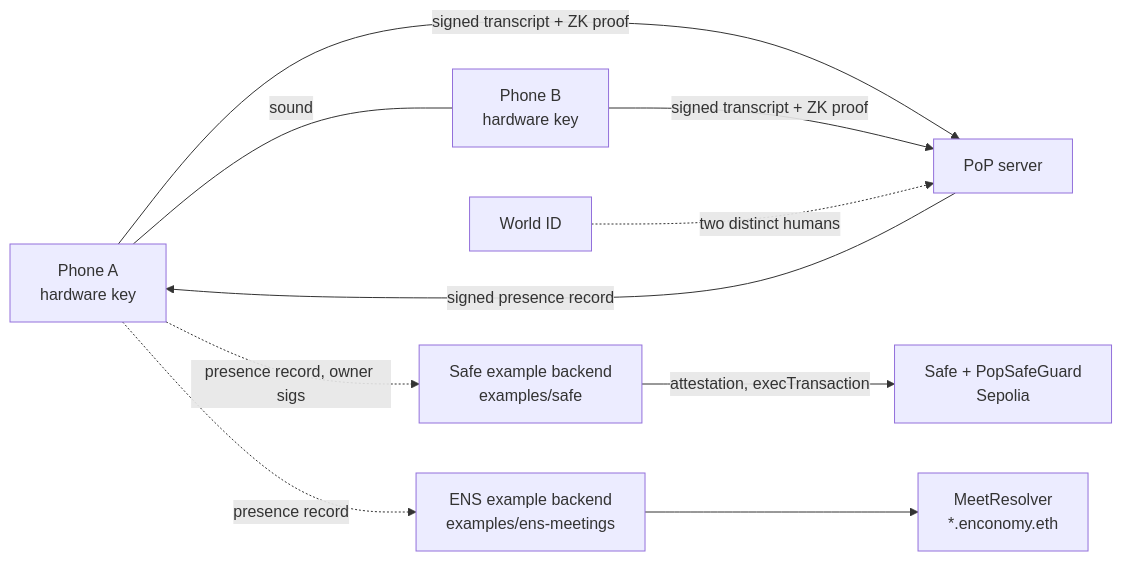
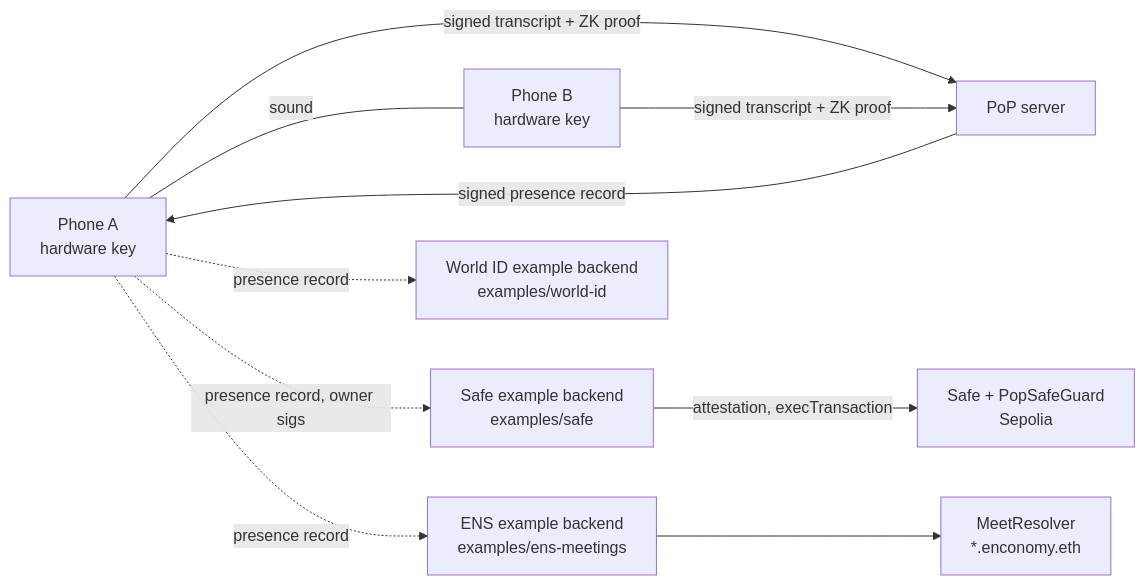
Before and after one commit to tawago/enconomy: the first of 2 diagrams in README.md, drawn with Mermaid. The commit also changed other lines of this file and 43 other files, not shown here.

First line of the commit message:
Decouple 3/7: World ID moves to examples/, core is proximity only (#21)

````diff
--- a/README.md
+++ b/README.md
@@ -11,12 +11,12 @@
 ```mermaid
 flowchart LR
     A["Phone A<br/>hardware key"] -- "sound" --- B["Phone B<br/>hardware key"]
     A -- "signed transcript + ZK proof" --> S["PoP server"]
     B -- "signed transcript + ZK proof" --> S
-    W["World ID"] -. "two distinct humans" .-> S
     S -- "signed presence record" --> A
     A -. "presence record, owner sigs" .-> F["Safe example backend<br/>examples/safe"]
     F -- "attestation, execTransaction" --> G["Safe + PopSafeGuard<br/>Sepolia"]
     A -. "presence record" .-> E["ENS example backend<br/>examples/ens-meetings"]
     E --> M["MeetResolver<br/>*.enconomy.eth"]
+    A -. "presence record" .-> W["World ID example backend<br/>examples/world-id"]
 ```
````
